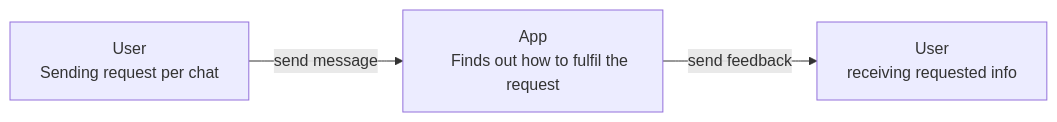
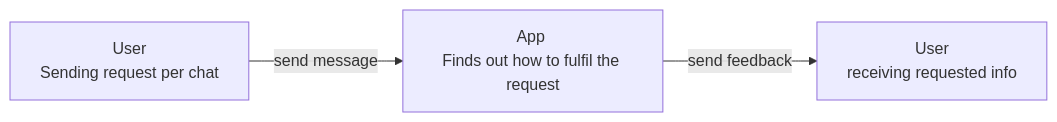
The first of 5 diagrams in ARCHITECTURE.md (corbeau-coder/tinker_ki_starter), drawn with Mermaid before and after one commit. The commit also changed other lines of this file and 2 other files, not shown here.

````diff
--- a/ARCHITECTURE.md
+++ b/ARCHITECTURE.md
@@ -16,13 +16,9 @@
 ```mermaid
 graph LR
-    A["User
-    Sending request per chat"]
-    B["App
-    Finds out how to fulfil the request
-    "]
-    C["User
-    receiving requested info"]
+    A["User <br>Sending request per chat"]
+    B["App <br>Finds out how to fulfil the request"]
+    C["User <br>receiving requested info"]
     
     A -->|send message| B
     B -->|send feedback| C
 ```
````
